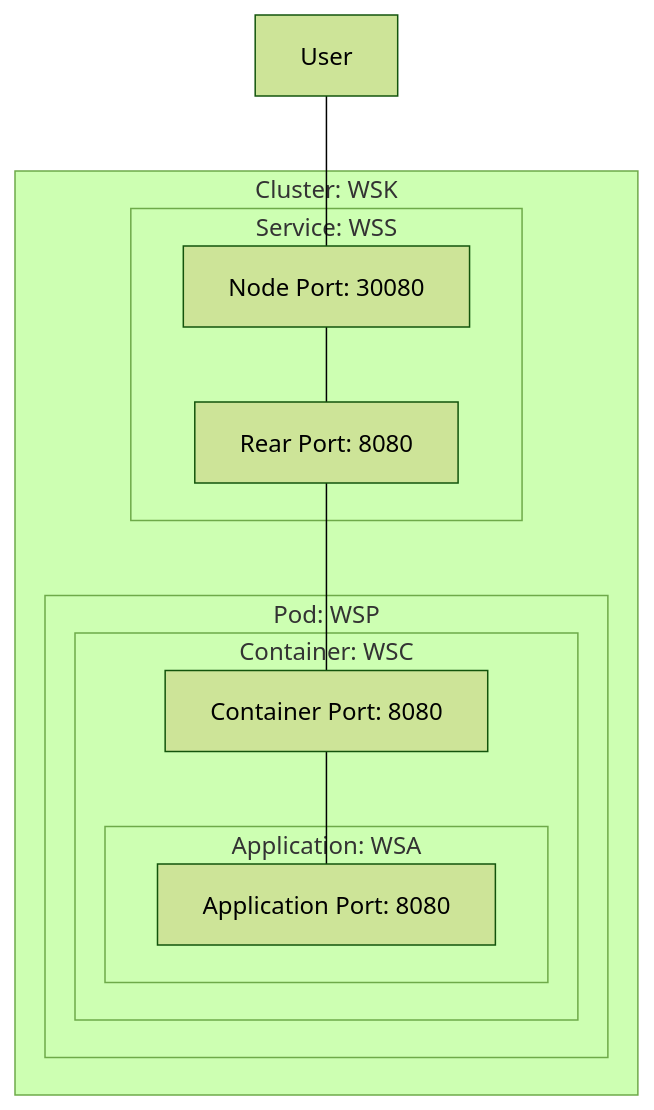
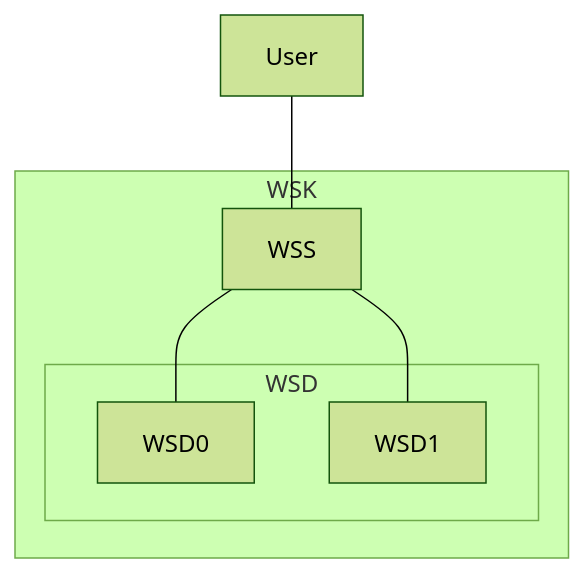
The diagram in kluster/README.md (rik-howard/eg-web-server), drawn with Mermaid (forest theme) before and after one commit. The commit also changed other lines of this file and 6 other files, not shown here.

Commit message:
Introduces deployment with node port

````diff
--- a/kluster/README.md
+++ b/kluster/README.md
@@ -36,18 +49,13 @@
 ```mermaid
 graph TD
-    User --- WSNPort --- WSRPort --- WSCPort --- WSAPort;
-    subgraph Cluster [Cluster: WSK]
-        subgraph Service [Service: WSS]
-            WSNPort[Node Port: 30080]
-            WSRPort[Rear Port: 8080]
-        end
-        subgraph Pod [Pod: WSP]
-            subgraph Container [Container: WSC]
-                WSCPort[Container Port: 8080]
-                subgraph Application[Application: WSA]
-                    WSAPort[Application Port: 8080]
-                end
-            end
+    User --- Service;
+    Service --- Pod0;
+    Service --- Pod1;
+    subgraph Cluster [WSK]
+        Service[WSS]
+        subgraph Deployment [WSD]
+            Pod0[WSD0]
+            Pod1[WSD1]
         end
     end
 ```
````
